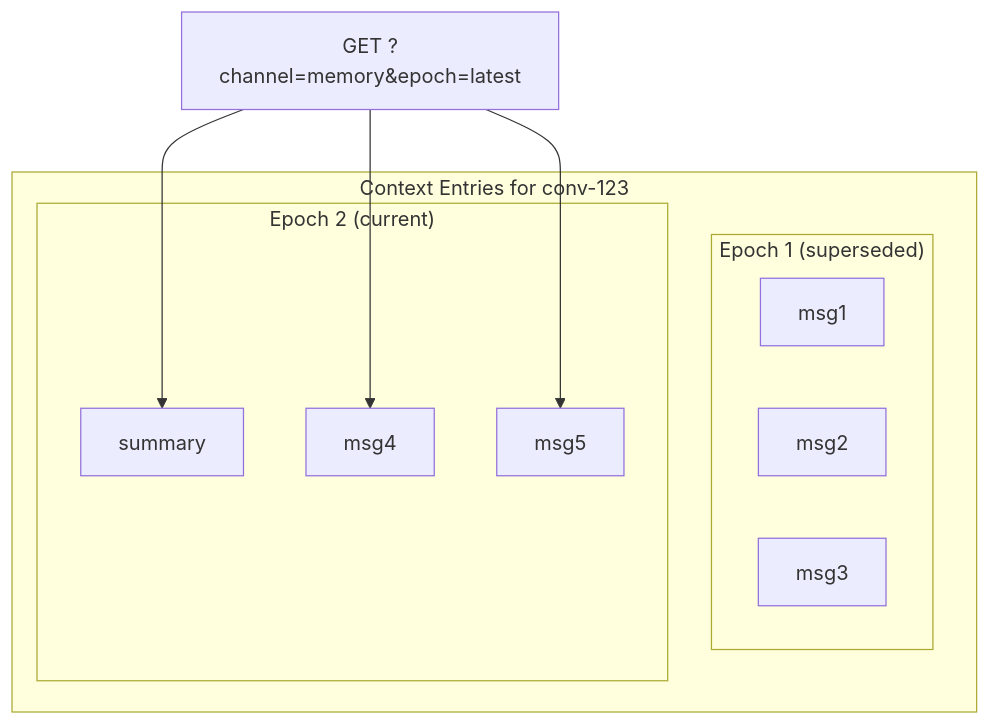
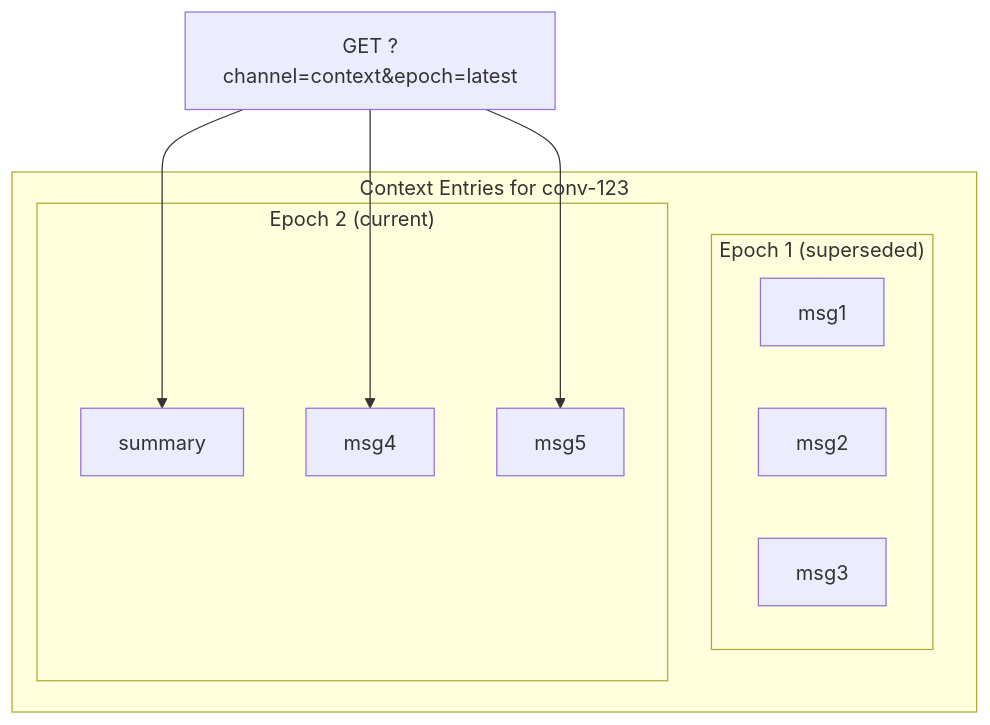
One commit to chirino/memory-service changed the fifth of 15 diagrams in docs/entry-data-model.md. Above: the diagram before and after it, drawn with Mermaid. The commit also changed other lines of this file and 58 other files, not shown here.

````diff
--- a/docs/entry-data-model.md
+++ b/docs/entry-data-model.md
@@ -180,19 +208,19 @@
 ```mermaid
 flowchart TB
     subgraph "Context Entries for conv-123"
         subgraph "Epoch 1 (superseded)"
             E1M1[msg1]
             E1M2[msg2]
             E1M3[msg3]
         end
         subgraph "Epoch 2 (current)"
             E2M1[summary]
             E2M2[msg4]
             E2M3[msg5]
         end
     end
 
-    Query["GET ?channel=memory&epoch=latest"] --> E2M1
+    Query["GET ?channel=context&epoch=latest"] --> E2M1
     Query --> E2M2
     Query --> E2M3
 ```
````
